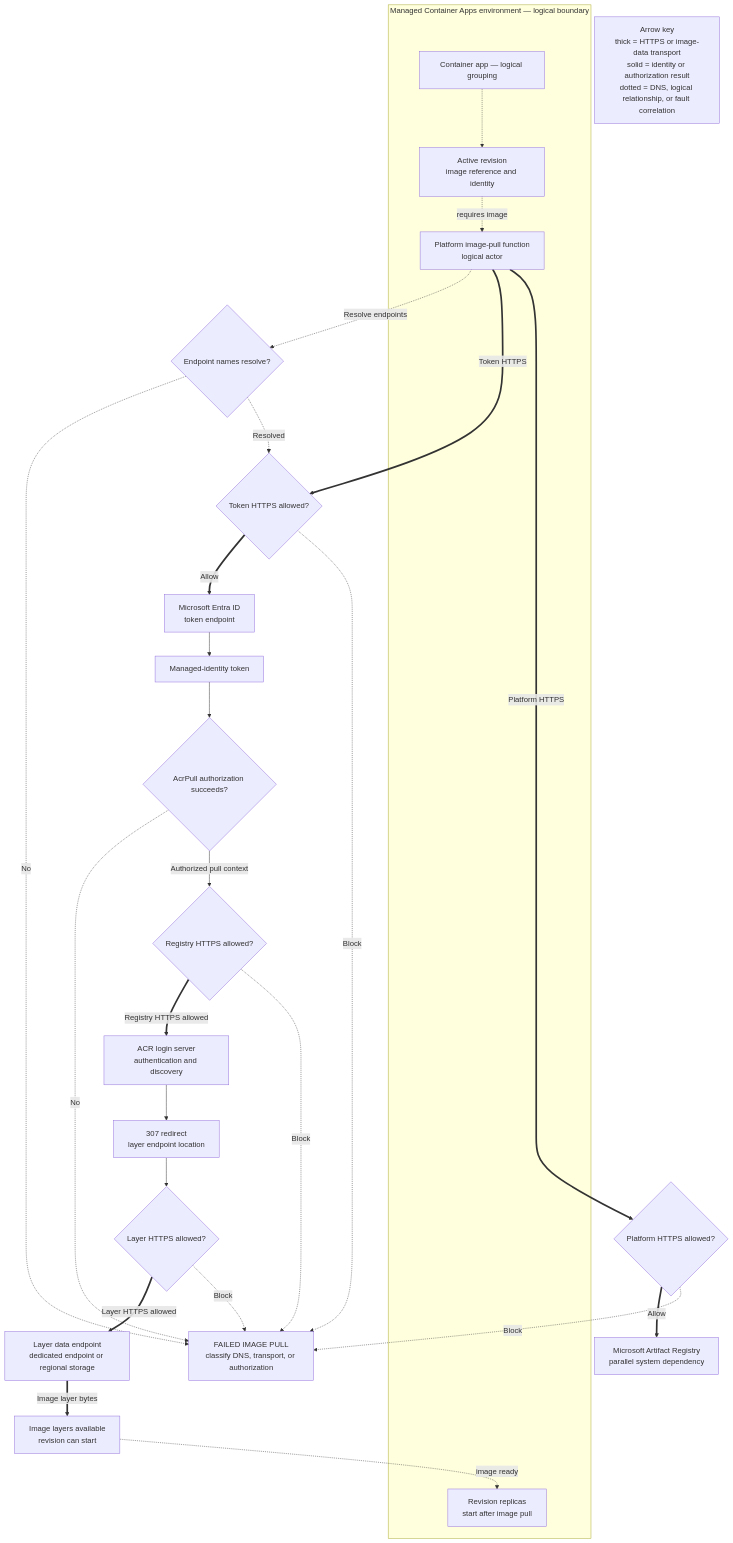
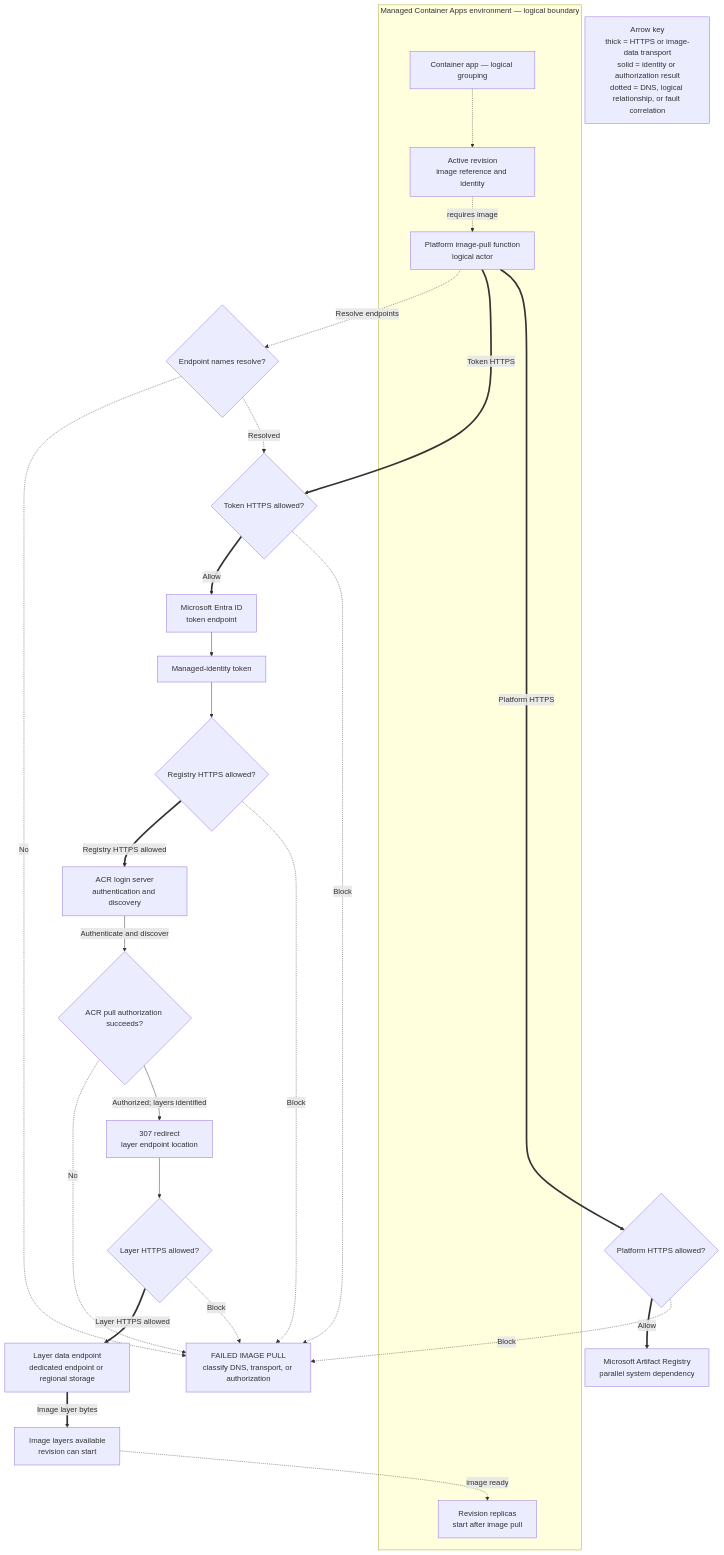
One commit to yeongseon/azure-container-apps-practical-guide changed the third of 3 diagrams in docs/platform/networking/egress-control.md. Above: the diagram before and after it, drawn with Mermaid. The commit also changed other lines of this file and 1 other file, not shown here.

Commit message:
fix(diagrams): align egress flows with Azure contracts

````diff
--- a/docs/platform/networking/egress-control.md
+++ b/docs/platform/networking/egress-control.md
@@ -329,56 +332,56 @@
 ```mermaid
 flowchart TD
     accTitle: Managed-identity ACR image-pull dependencies
     accDescr: A logical Container Apps revision asks a platform image-pull function to resolve endpoints and make separately controlled HTTPS requests to Microsoft Entra ID, the ACR login server, and the redirected layer data endpoint. Token and ACR role authorization are non-transport outcomes. Microsoft Artifact Registry is a parallel platform dependency.
 
     subgraph ENV["Managed Container Apps environment — logical boundary"]
         APP["Container app — logical grouping"]
         REV_ACTIVE["Active revision<br/>image reference and identity"]
         PULLER["Platform image-pull function<br/>logical actor"]
         REPLICAS["Revision replicas<br/>start after image pull"]
         APP -.-> REV_ACTIVE
         REV_ACTIVE -.->|"requires image"| PULLER
     end
 
     DNS{"Endpoint names resolve?"}
     NET_TOKEN{"Token HTTPS allowed?"}
     ENTRA["Microsoft Entra ID<br/>token endpoint"]
     TOKEN["Managed-identity token"]
-    ACR_AUTH{"AcrPull authorization succeeds?"}
     NET_LOGIN{"Registry HTTPS allowed?"}
     ACR_LOGIN["ACR login server<br/>authentication and discovery"]
+    ACR_AUTH{"ACR pull authorization succeeds?"}
     REDIRECT["307 redirect<br/>layer endpoint location"]
     NET_LAYER{"Layer HTTPS allowed?"}
     ACR_DATA["Layer data endpoint<br/>dedicated endpoint or regional storage"]
     NET_MCR{"Platform HTTPS allowed?"}
     MCR["Microsoft Artifact Registry<br/>parallel system dependency"]
     READY["Image layers available<br/>revision can start"]
     FAIL["FAILED IMAGE PULL<br/>classify DNS, transport, or authorization"]
 
     PULLER -.->|"Resolve endpoints"| DNS
     DNS -.->|"No"| FAIL
     DNS -.->|"Resolved"| NET_TOKEN
 
     PULLER ==>|"Token HTTPS"| NET_TOKEN
     NET_TOKEN ==>|"Allow"| ENTRA
     NET_TOKEN -.->|"Block"| FAIL
     ENTRA --> TOKEN
-    TOKEN --> ACR_AUTH
-    ACR_AUTH -.->|"No"| FAIL
 
-    ACR_AUTH -->|"Authorized pull context"| NET_LOGIN
+    TOKEN --> NET_LOGIN
     NET_LOGIN ==>|"Registry HTTPS allowed"| ACR_LOGIN
     NET_LOGIN -.->|"Block"| FAIL
-    ACR_LOGIN --> REDIRECT
+    ACR_LOGIN -->|"Authenticate and discover"| ACR_AUTH
+    ACR_AUTH -.->|"No"| FAIL
+    ACR_AUTH -->|"Authorized; layers identified"| REDIRECT
     REDIRECT --> NET_LAYER
     NET_LAYER ==>|"Layer HTTPS allowed"| ACR_DATA
     NET_LAYER -.->|"Block"| FAIL
     ACR_DATA ==>|"Image layer bytes"| READY
     READY -.->|"image ready"| REPLICAS
 
     PULLER ==>|"Platform HTTPS"| NET_MCR
     NET_MCR ==>|"Allow"| MCR
     NET_MCR -.->|"Block"| FAIL
 
     LEGEND["Arrow key<br/>thick = HTTPS or image-data transport<br/>solid = identity or authorization result<br/>dotted = DNS, logical relationship, or fault correlation"]
 ```
````
